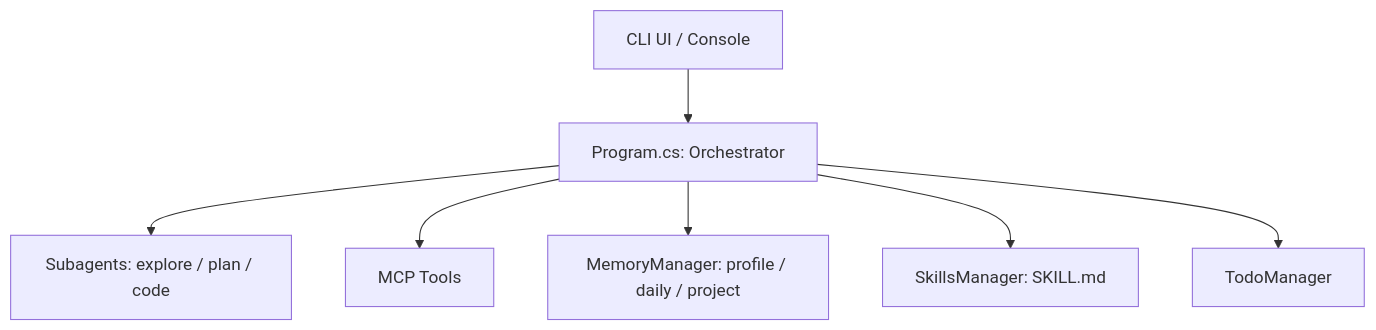
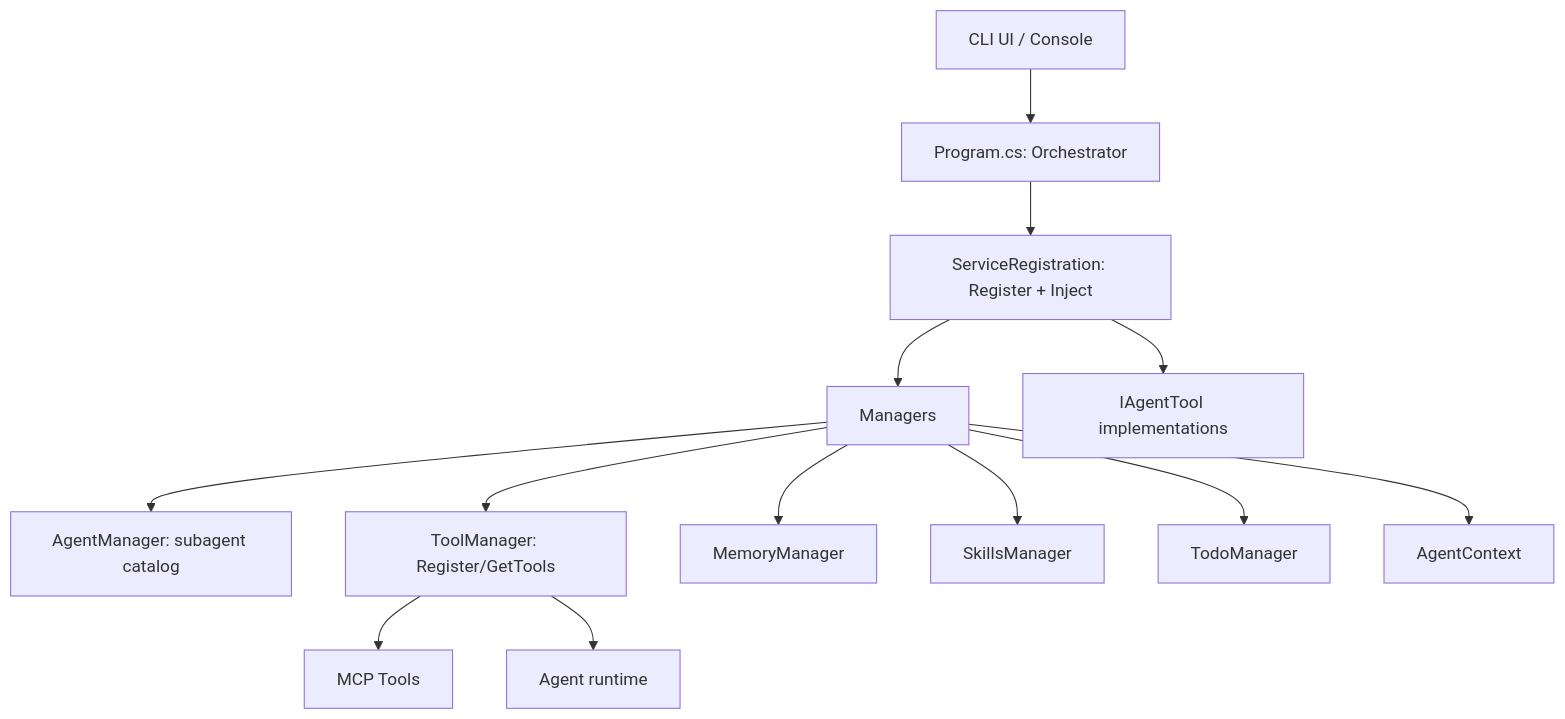
The first of 2 diagrams in README.md (lyq-lin/YCode.CLI), drawn with Mermaid before and after one commit. The commit also changed other lines of this file, not shown here.

````diff
--- a/README.md
+++ b/README.md
@@ -32,9 +32,15 @@
 ```mermaid
 flowchart TD
     UI[CLI UI / Console] --> Core[Program.cs: Orchestrator]
-    Core --> Agents[Subagents: explore / plan / code]
-    Core --> Tools[MCP Tools]
-    Core --> Memory[MemoryManager: profile / daily / project]
-    Core --> Skills[SkillsManager: SKILL.md]
-    Core --> Todo[TodoManager]
+    Core --> DI[ServiceRegistration: Register + Inject]
+    DI --> Managers[Managers]
+    DI --> Tools[IAgentTool implementations]
+    Managers --> AgentMgr[AgentManager: subagent catalog]
+    Managers --> ToolMgr[ToolManager: Register/GetTools]
+    Managers --> MemoryMgr[MemoryManager]
+    Managers --> SkillsMgr[SkillsManager]
+    Managers --> TodoMgr[TodoManager]
+    Managers --> Context[AgentContext]
+    ToolMgr --> MCP[MCP Tools]
+    ToolMgr --> Agent[Agent runtime]
 ```
````
